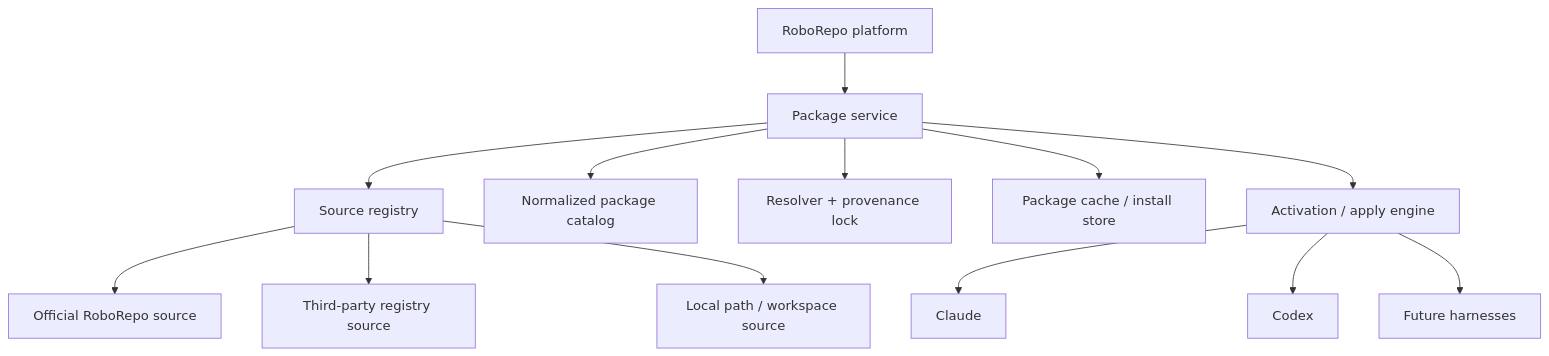
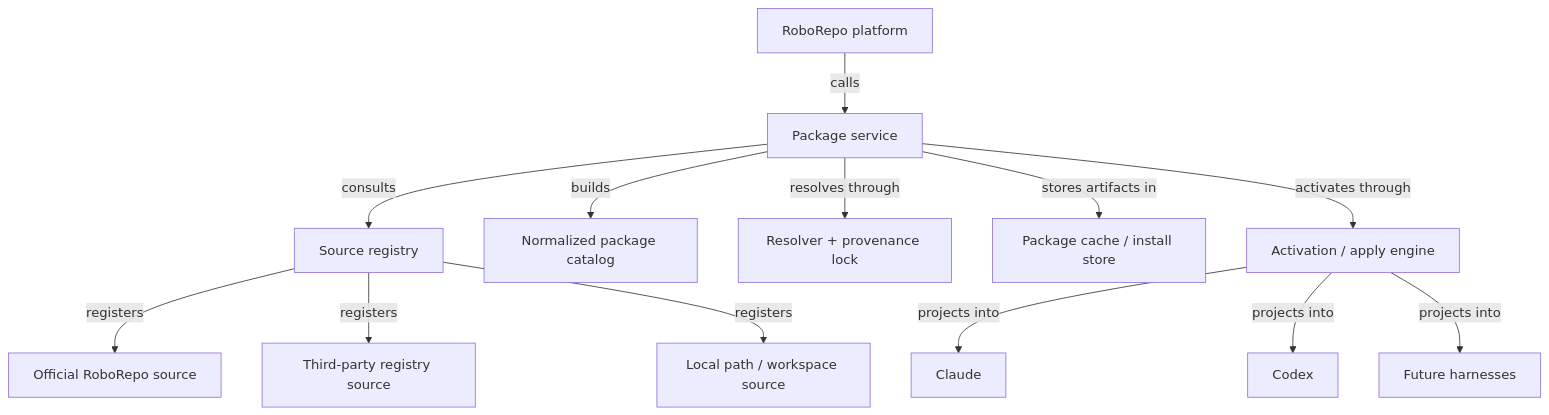
One commit to kirinmurphy/roborepo-alpha changed the first of 5 diagrams in docs/plans/backlog/package-multi-source-distribution.md. Above: the diagram before and after it, drawn with Mermaid. The commit also changed other lines of this file and 52 other files, not shown here.

````diff
--- a/docs/plans/backlog/package-multi-source-distribution.md
+++ b/docs/plans/backlog/package-multi-source-distribution.md
@@ -23,15 +23,15 @@
 ```mermaid
 flowchart TD
-  platform[RoboRepo platform] --> service[Package service]
-  service --> registry[Source registry]
-  registry --> official[Official RoboRepo source]
-  registry --> thirdParty[Third-party registry source]
-  registry --> local[Local path / workspace source]
-  service --> catalog[Normalized package catalog]
-  service --> resolver[Resolver + provenance lock]
-  service --> store[Package cache / install store]
-  service --> activation[Activation / apply engine]
-  activation --> claude[Claude]
-  activation --> codex[Codex]
-  activation --> future[Future harnesses]
+  platform[RoboRepo platform] -->|calls| service[Package service]
+  service -->|consults| registry[Source registry]
+  registry -->|registers| official[Official RoboRepo source]
+  registry -->|registers| thirdParty[Third-party registry source]
+  registry -->|registers| local[Local path / workspace source]
+  service -->|builds| catalog[Normalized package catalog]
+  service -->|resolves through| resolver[Resolver + provenance lock]
+  service -->|stores artifacts in| store[Package cache / install store]
+  service -->|activates through| activation[Activation / apply engine]
+  activation -->|projects into| claude[Claude]
+  activation -->|projects into| codex[Codex]
+  activation -->|projects into| future[Future harnesses]
 ```
````
